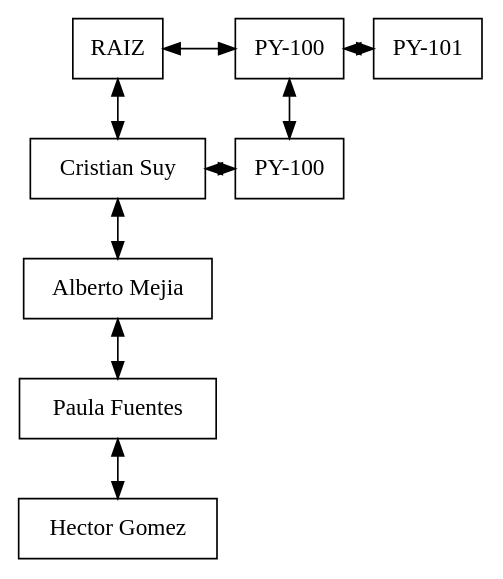
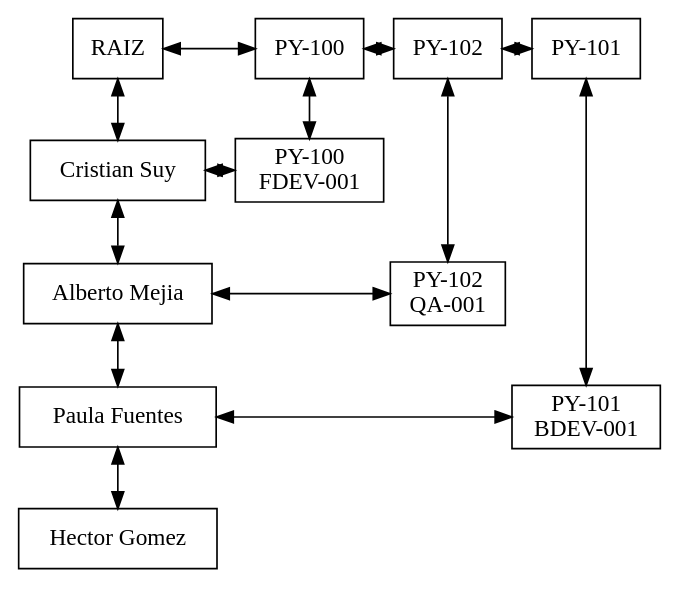
One commit to LuisAntoniokh/2S2023_EDD_PY1_Fase1_a changed the diagram in matriz.dot. Above: the diagram before and after it, drawn with Graphviz. The commit also changed 25 other files, not shown here.

```diff
--- a/matriz.dot
+++ b/matriz.dot
@@ -1,30 +1,38 @@
 digraph MatrizCapa{ 
  node[shape=box] 
  rankdir=UD;
 {rank=same; 
-nodo0x1096d88[label="RAIZ\n" ,group=0]; 
-nodo0x1096ee8[label="PY-100" ,group=1]; 
-nodo0x1096f18[label="PY-101" ,group=2]; 
+nodo0xff6d88[label="RAIZ\n" ,group=0]; 
+nodo0xff6f58[label="PY-100" ,group=1]; 
+nodo0xff6f88[label="PY-102" ,group=2]; 
+nodo0xff6fb8[label="PY-101" ,group=3]; 
 } 
 {rank=same; 
-nodo0x1096f48[label="Cristian Suy" ,group=0]; 
-nodo0x1097068[label="PY-100\n" ,group=1]; 
+nodo0xff7000[label="Cristian Suy" ,group=0]; 
+nodo0xff04f8[label="PY-100\nFDEV-001" ,group=1]; 
 } 
 {rank=same; 
-nodo0x1096f90[label="Alberto Mejia" ,group=0]; 
+nodo0xff7048[label="Alberto Mejia" ,group=0]; 
+nodo0xff0528[label="PY-102\nQA-001" ,group=2]; 
 } 
 {rank=same; 
-nodo0x1096fd8[label="Paula Fuentes" ,group=0]; 
+nodo0xff7090[label="Paula Fuentes" ,group=0]; 
+nodo0xff0558[label="PY-101\nBDEV-001" ,group=3]; 
 } 
 {rank=same; 
-nodo0x1097020[label="Hector Gomez" ,group=0]; 
+nodo0xff04b0[label="Hector Gomez" ,group=0]; 
 } 
-nodo0x1096d88 -> nodo0x1096ee8 [dir=both];
-nodo0x1096ee8 -> nodo0x1096f18 [dir=both];
-nodo0x1096f48 -> nodo0x1097068 [dir=both];
-nodo0x1096d88 -> nodo0x1096f48 [dir=both];
-nodo0x1096f48 -> nodo0x1096f90 [dir=both];
-nodo0x1096f90 -> nodo0x1096fd8 [dir=both];
-nodo0x1096fd8 -> nodo0x1097020 [dir=both];
-nodo0x1096ee8 -> nodo0x1097068 [dir=both];
+nodo0xff6d88 -> nodo0xff6f58 [dir=both];
+nodo0xff6f58 -> nodo0xff6f88 [dir=both];
+nodo0xff6f88 -> nodo0xff6fb8 [dir=both];
+nodo0xff7000 -> nodo0xff04f8 [dir=both];
+nodo0xff7048 -> nodo0xff0528 [dir=both];
+nodo0xff7090 -> nodo0xff0558 [dir=both];
+nodo0xff6d88 -> nodo0xff7000 [dir=both];
+nodo0xff7000 -> nodo0xff7048 [dir=both];
+nodo0xff7048 -> nodo0xff7090 [dir=both];
+nodo0xff7090 -> nodo0xff04b0 [dir=both];
+nodo0xff6f58 -> nodo0xff04f8 [dir=both];
+nodo0xff6f88 -> nodo0xff0528 [dir=both];
+nodo0xff6fb8 -> nodo0xff0558 [dir=both];
 } 
```
